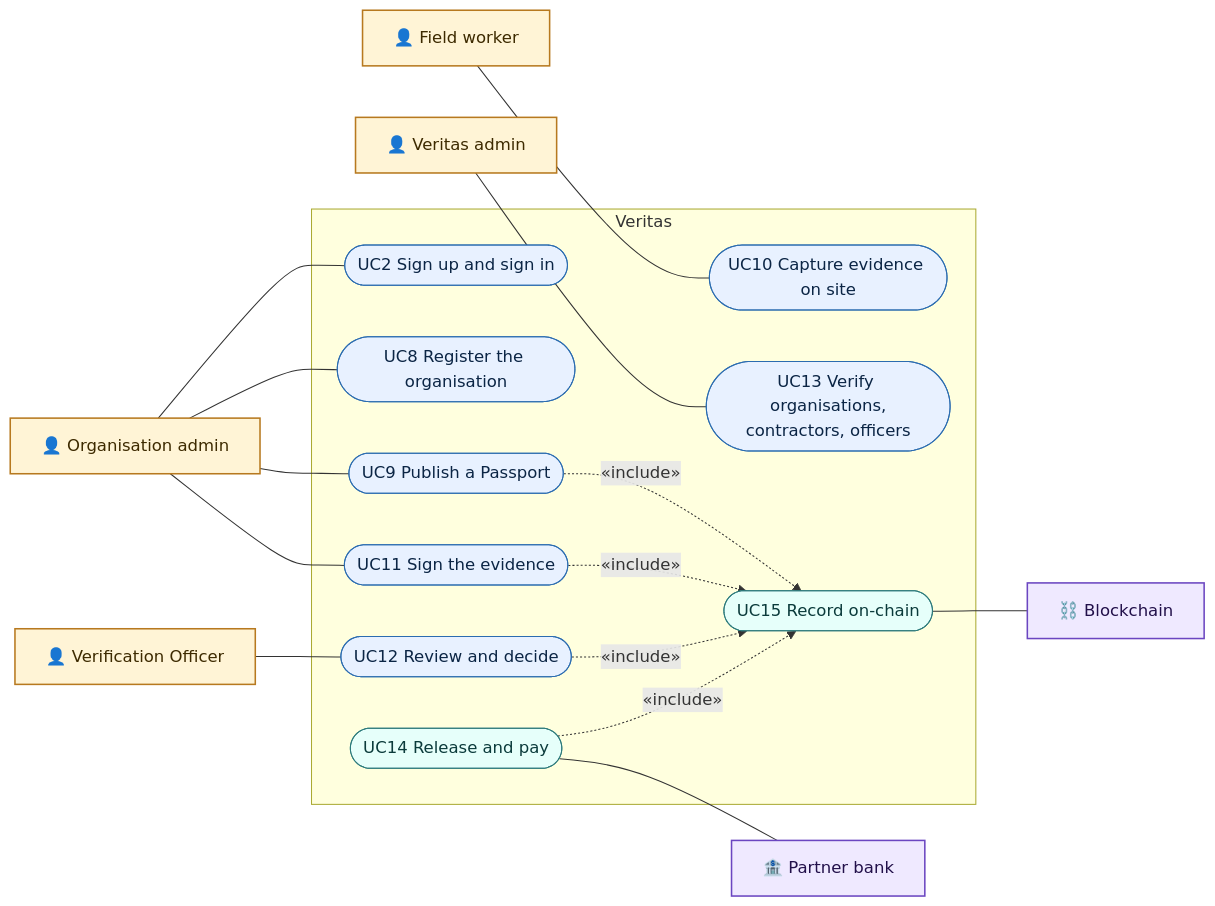
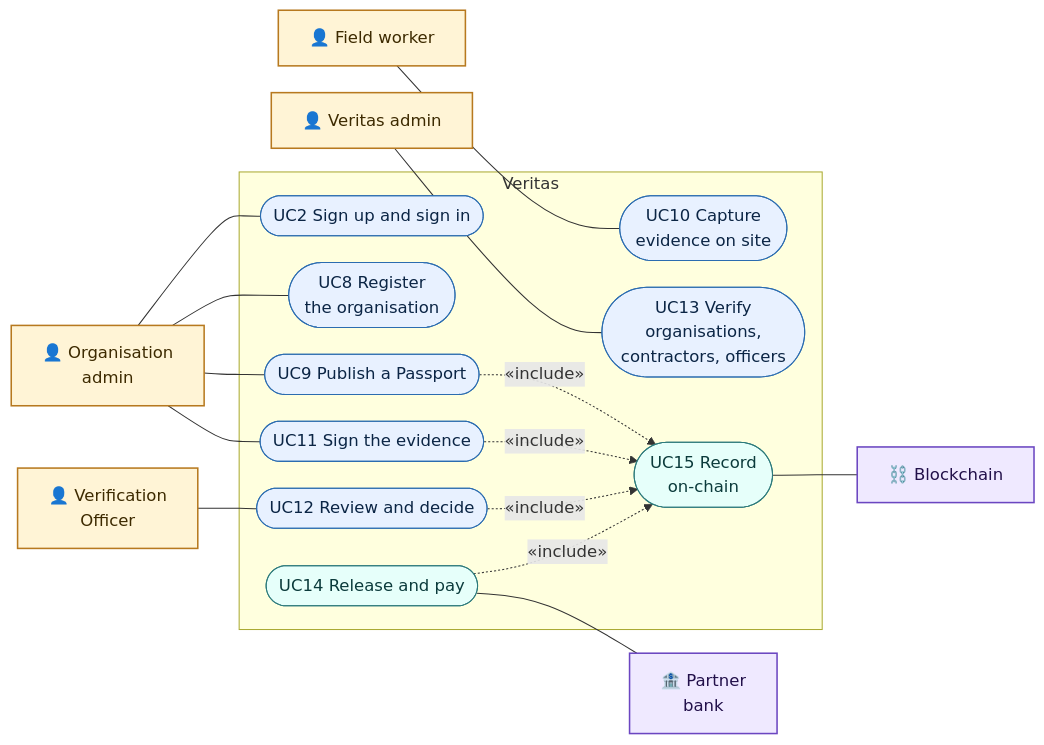
Before and after one commit to eminroot/veritas: the diagram in docs/diagrams/use-cases-organisations.md, drawn with Mermaid. The commit also changed 60 other files, not shown here.

First line of the commit message:
Laptop screenshots in the readme, and diagrams readable at full size

````diff
--- a/docs/diagrams/use-cases-organisations.md
+++ b/docs/diagrams/use-cases-organisations.md
@@ -5,36 +5,37 @@
 ```mermaid
+%%{init: {"flowchart": {"rankSpacing": 34, "nodeSpacing": 26}}}%%
 flowchart LR
     classDef actor fill:#FFF4D6,stroke:#B7791F,color:#3D2A00,stroke-width:1.5px
     classDef uc fill:#E8F1FF,stroke:#2B6CB0,color:#0B2545
     classDef shared fill:#E6FFFA,stroke:#2C7A7B,color:#0B3B3B
     classDef system fill:#EFE9FF,stroke:#6B46C1,color:#22104A,stroke-width:1.5px
 
-    org["👤 Organisation admin"]:::actor
+    org["👤 Organisation<br/>admin"]:::actor
     field["👤 Field worker"]:::actor
-    officer["👤 Verification Officer"]:::actor
+    officer["👤 Verification<br/>Officer"]:::actor
     admin["👤 Veritas admin"]:::actor
     subgraph veritas["Veritas"]
         u2(["UC2 Sign up and sign in"]):::uc
-        u8(["UC8 Register the organisation"]):::uc
+        u8(["UC8 Register<br/>the organisation"]):::uc
         u9(["UC9 Publish a Passport"]):::uc
         u11(["UC11 Sign the evidence"]):::uc
-        u10(["UC10 Capture evidence on site"]):::uc
+        u10(["UC10 Capture<br/>evidence on site"]):::uc
         u12(["UC12 Review and decide"]):::uc
-        u13(["UC13 Verify organisations,<br/>contractors, officers"]):::uc
+        u13(["UC13 Verify<br/>organisations,<br/>contractors, officers"]):::uc
         u14(["UC14 Release and pay"]):::shared
-        u15(["UC15 Record on-chain"]):::shared
+        u15(["UC15 Record<br/>on-chain"]):::shared
     end
-    bank["🏦 Partner bank"]:::system
+    bank["🏦 Partner<br/>bank"]:::system
     chain["⛓️ Blockchain"]:::system
 
     org --- u2 & u8 & u9 & u11
     field --- u10
     officer --- u12
     admin --- u13
     u9 -. "«include»" .-> u15
     u11 -. "«include»" .-> u15
     u12 -. "«include»" .-> u15
     u14 -. "«include»" .-> u15
     u14 --- bank
     u15 --- chain
 ```
````
